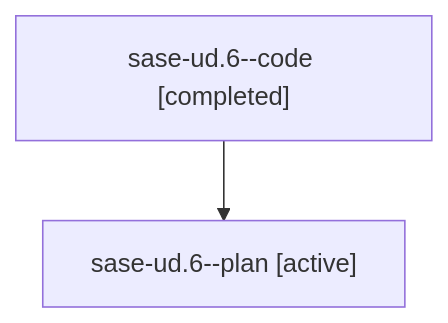
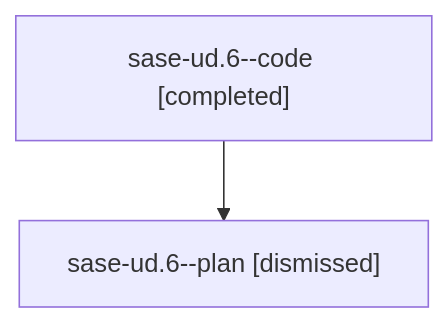
Before and after one commit to sase-org/sase--agents: the diagram in sessions/bbugyi200.athena.sase-ud.6.md, drawn with Mermaid. The commit also changed other lines of this file and 380 other files, not shown here.

````diff
--- a/sessions/bbugyi200.athena.sase-ud.6.md
+++ b/sessions/bbugyi200.athena.sase-ud.6.md
@@ -9,6 +9,6 @@
 ```mermaid
 flowchart TD
   n0["sase-ud.6--code [completed]"]
-  n1["sase-ud.6--plan [active]"]
+  n1["sase-ud.6--plan [dismissed]"]
   n0 --> n1
 ```
````
